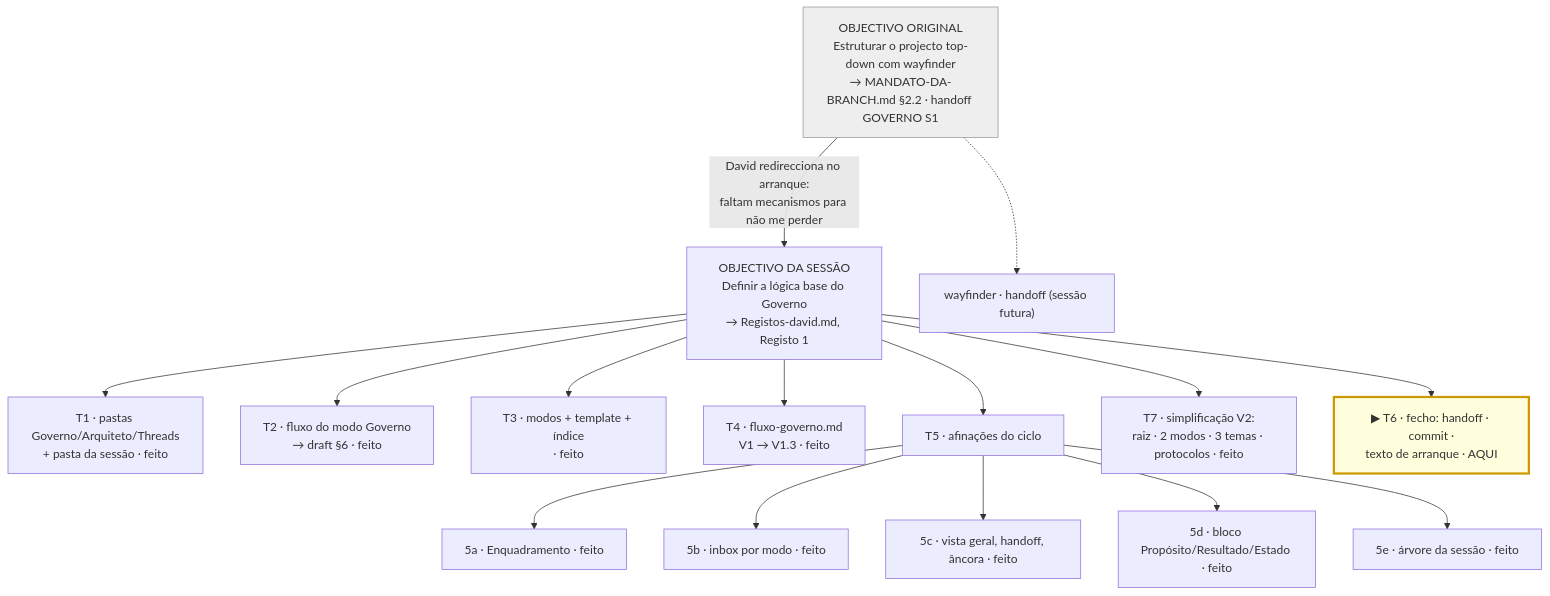
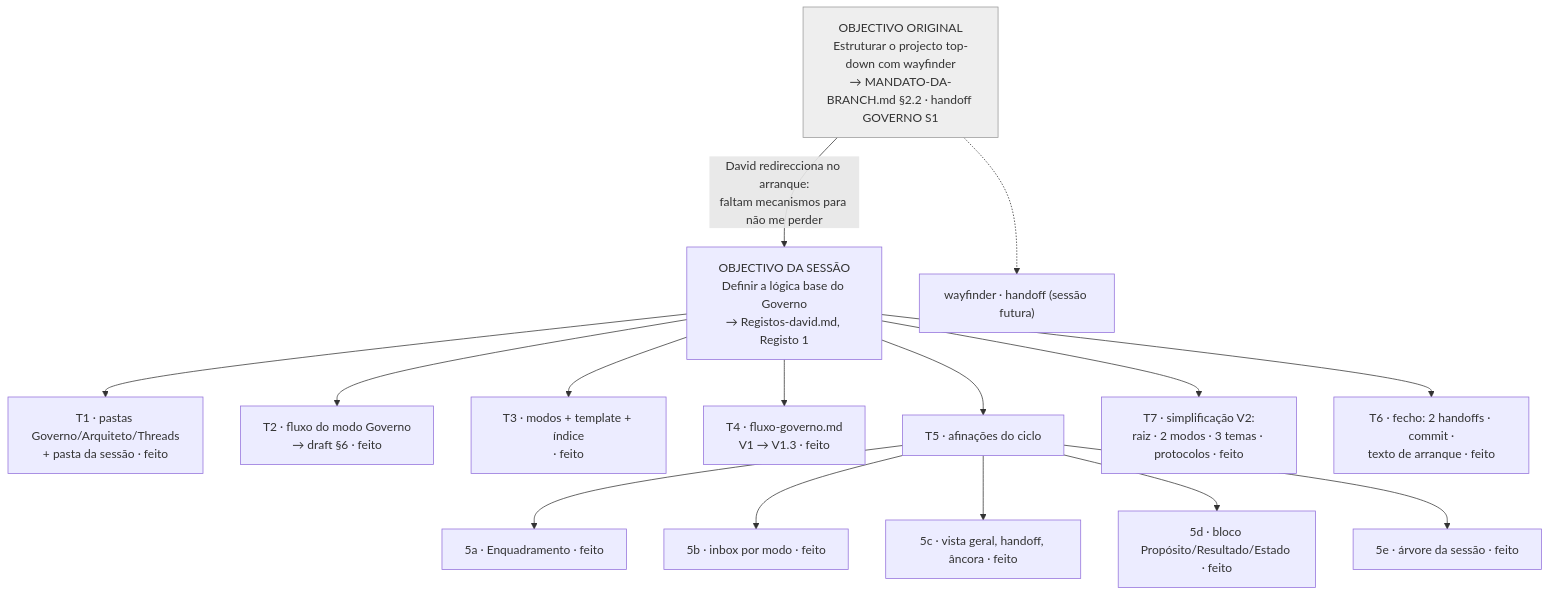
Before and after one commit to dmmgama/jardim: the diagram in Governo/Modos-Governo/Geral/Active-Session/2026-09-18-B1-Governo-S1/Arvore.md, drawn with Mermaid. The commit also changed 2 other files, not shown here.

Commit message:
Fecho da sessao 2026-09-18-B1-Governo-S1: rascunhos apagados, registo e arvore fechados
Claude-Session: https://claude.ai/code/session_01RKKHRNFjn7Acwzswrqii6K

````diff
--- a/Governo/Modos-Governo/Geral/Active-Session/2026-09-18-B1-Governo-S1/Arvore.md
+++ b/Governo/Modos-Governo/Geral/Active-Session/2026-09-18-B1-Governo-S1/Arvore.md
@@ -10,20 +10,20 @@
 ```mermaid
 flowchart TB
     O0["OBJECTIVO ORIGINAL<br/>Estruturar o projecto top-down com wayfinder<br/>→ MANDATO-DA-BRANCH.md §2.2 · handoff GOVERNO S1"]
     O0 -- "David redirecciona no arranque:<br/>faltam mecanismos para não me perder" --> O1["OBJECTIVO DA SESSÃO<br/>Definir a lógica base do Governo<br/>→ Registos-david.md, Registo 1"]
     O1 --> T1["T1 · pastas Governo/Arquiteto/Threads<br/>+ pasta da sessão · feito"]
     O1 --> T2["T2 · fluxo do modo Governo<br/>→ draft §6 · feito"]
     O1 --> T3["T3 · modos + template + índice<br/>· feito"]
     O1 --> T4["T4 · fluxo-governo.md<br/>V1 → V1.3 · feito"]
     O1 --> T5["T5 · afinações do ciclo"]
     T5 --> T5a["5a · Enquadramento · feito"]
     T5 --> T5b["5b · inbox por modo · feito"]
     T5 --> T5c["5c · vista geral, handoff, âncora · feito"]
     T5 --> T5d["5d · bloco Propósito/Resultado/Estado · feito"]
     T5 --> T5e["5e · árvore da sessão · feito"]
     O1 --> T7["T7 · simplificação V2:<br/>raiz · 2 modos · 3 temas · protocolos · feito"]
-    O1 --> T6["▶ T6 · fecho: handoff · commit ·<br/>texto de arranque · AQUI"]
+    O1 --> T6["T6 · fecho: 2 handoffs · commit ·<br/>texto de arranque · feito"]
     O0 -.-> W["wayfinder · handoff (sessão futura)"]
-    style T6 fill:#ffd,stroke:#c90,stroke-width:3px
+    
     style O0 fill:#eee,stroke:#999
 ```
````
